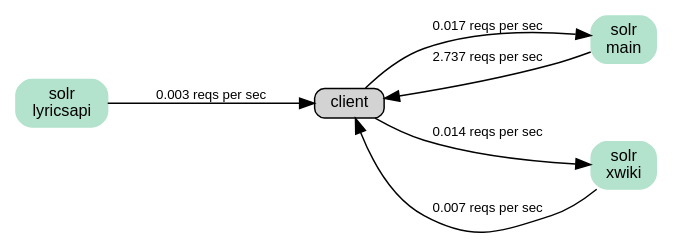
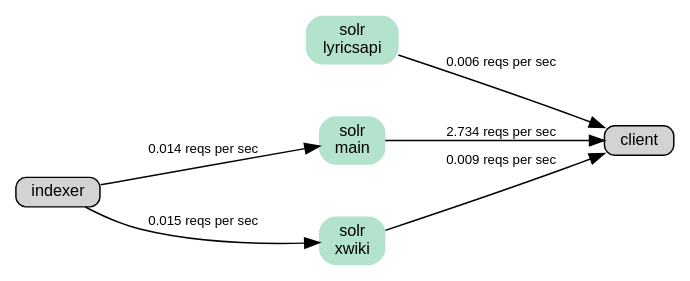
One commit to Wikia/data-flow-graphs changed the diagram in output/solr.gv. Above: the diagram before and after it, drawn with Graphviz. The commit also changed 4 other files, not shown here.

Commit message:
solr | tell apart client and indexer

```diff
--- a/output/solr.gv
+++ b/output/solr.gv
@@ -1,18 +1,19 @@
 digraph G {
 	graph [ center=true, margin=0.75, nodesep=0.5, ranksep=0.75, rankdir=LR ];
 	node [ shape=box, style="rounded,filled" width=0, height=0, fontname=Helvetica, fontsize=11 ];
 	edge [ fontname=Helvetica, fontsize=9 ];
 
 	// nodes
 	n1 [label="client"];
-	n2 [label="solr\nlyricsapi" group="solr" colorscheme=pastel28 color=1];
-	n3 [label="solr\nmain" group="solr" colorscheme=pastel28 color=1];
-	n4 [label="solr\nxwiki" group="solr" colorscheme=pastel28 color=1];
+	n2 [label="indexer"];
+	n3 [label="solr\nlyricsapi" group="solr" colorscheme=pastel28 color=1];
+	n4 [label="solr\nmain" group="solr" colorscheme=pastel28 color=1];
+	n5 [label="solr\nxwiki" group="solr" colorscheme=pastel28 color=1];
 
 	// edges
-	n3 -> n1 [label="2.737 reqs per sec"];
-	n1 -> n3 [label="0.017 reqs per sec"];
-	n4 -> n1 [label="0.007 reqs per sec"];
-	n1 -> n4 [label="0.014 reqs per sec"];
-	n2 -> n1 [label="0.003 reqs per sec"];
+	n4 -> n1 [label="2.734 reqs per sec"];
+	n2 -> n5 [label="0.015 reqs per sec"];
+	n5 -> n1 [label="0.009 reqs per sec"];
+	n2 -> n4 [label="0.014 reqs per sec"];
+	n3 -> n1 [label="0.006 reqs per sec"];
 }
```
